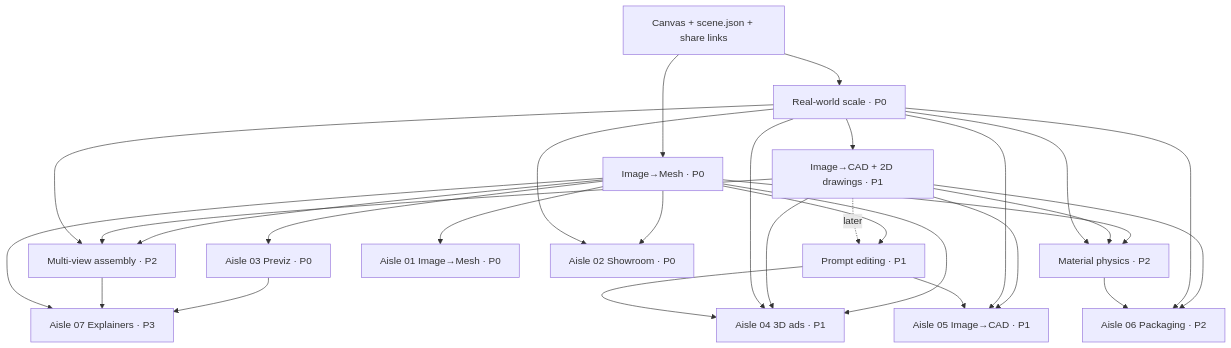
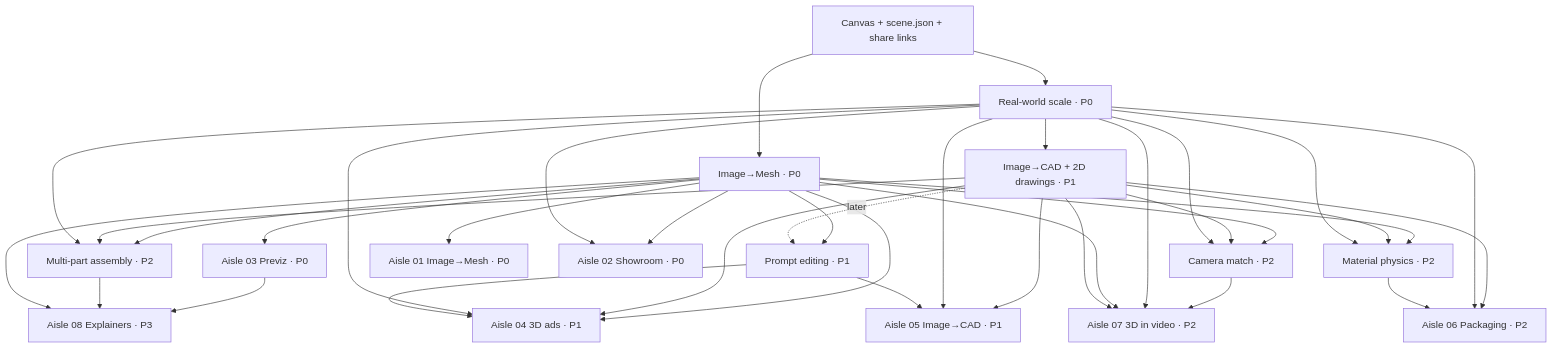
The diagram in docs/VISION_3D_SUPERMARKET.md (nndang27/Annie3d-platform), drawn with Mermaid before and after one commit. The commit also changed other lines of this file, not shown here.

Commit message:
Docs: add 3D-in-video aisle (P2), camera match engine and P3 later aisles

````diff
--- a/docs/VISION_3D_SUPERMARKET.md
+++ b/docs/VISION_3D_SUPERMARKET.md
@@ -120,46 +140,55 @@
 ```mermaid
 flowchart TD
   base[Canvas + scene.json + share links]
   mesh[Image→Mesh · P0]
   scale[Real-world scale · P0]
   edit[Prompt editing · P1]
   cad[Image→CAD + 2D drawings · P1]
-  asm[Multi-view assembly · P2]
+  asm[Multi-part assembly · P2]
   phys[Material physics · P2]
+  cam[Camera match · P2]
   base --> mesh
   base --> scale
   mesh --> edit
   cad -. later .-> edit
   scale --> cad
   mesh --> asm
   cad --> asm
   scale --> asm
   mesh --> phys
   cad --> phys
   scale --> phys
+  mesh --> cam
+  cad --> cam
+  scale --> cam
 
   aMesh[Aisle 01 Image→Mesh · P0]
   aShow[Aisle 02 Showroom · P0]
   aPrev[Aisle 03 Previz · P0]
   aAds[Aisle 04 3D ads · P1]
   aCad[Aisle 05 Image→CAD · P1]
   aPack[Aisle 06 Packaging · P2]
-  aEdu[Aisle 07 Explainers · P3]
+  aVid[Aisle 07 3D in video · P2]
+  aEdu[Aisle 08 Explainers · P3]
   mesh --> aMesh
   mesh --> aShow
   scale --> aShow
   mesh --> aPrev
   mesh --> aAds
   cad --> aAds
   scale --> aAds
   edit --> aAds
   cad --> aCad
   scale --> aCad
   edit --> aCad
   cad --> aPack
   scale --> aPack
   phys --> aPack
+  cam --> aVid
+  scale --> aVid
+  mesh --> aVid
+  cad --> aVid
   aPrev --> aEdu
   asm --> aEdu
   mesh --> aEdu
 ```
````
